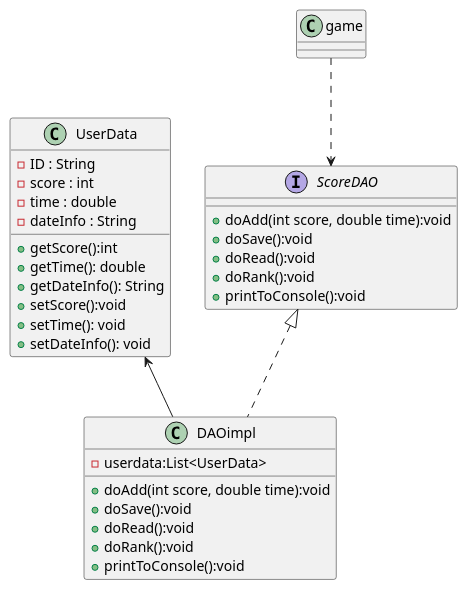
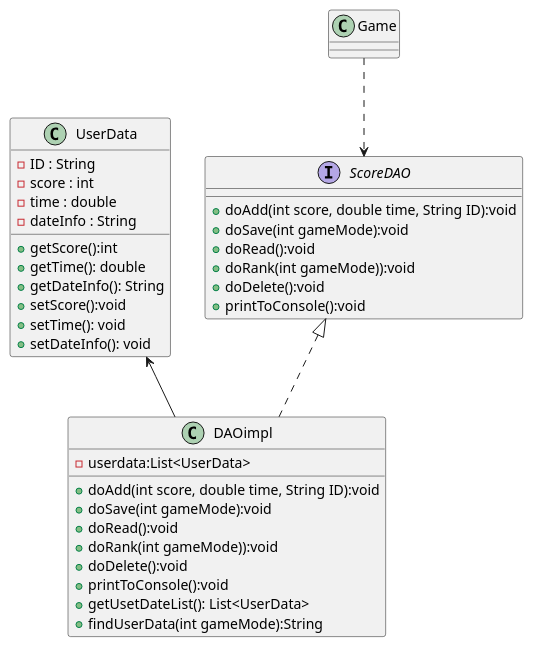
Before and after one commit to ScarecrowL1/AircraftWar-Tskmdai: the diagram in uml/DataAccessObjectPartten.puml, drawn with PlantUML. The commit also changed 12 other files, not shown here.

```diff
--- a/uml/DataAccessObjectPartten.puml
+++ b/uml/DataAccessObjectPartten.puml
@@ -1,46 +1,50 @@
 @startuml
 'https://plantuml.com/class-diagram
 
 
 
 interface ScoreDAO{
-    + doAdd(int score, double time):void
-    + doSave():void
-    + doRead():void
-    + doRank():void
+    + doAdd(int score, double time, String ID):void
+        + doSave(int gameMode):void
+        + doRead():void
+        + doRank(int gameMode)):void
+        + doDelete():void
     + printToConsole():void
 
 }
 
 
 
 ScoreDAO <|.. DAOimpl
 UserData <-- DAOimpl
-game ..> ScoreDAO
+Game ..> ScoreDAO
 
 
 
 class DAOimpl {
     - userdata:List<UserData>
-    + doAdd(int score, double time):void
-    + doSave():void
+    + doAdd(int score, double time, String ID):void
+    + doSave(int gameMode):void
     + doRead():void
-    + doRank():void
+    + doRank(int gameMode)):void
+    + doDelete():void
     + printToConsole():void
+    + getUsetDateList(): List<UserData>
+    + findUserData(int gameMode):String
 
 }
 
 class UserData{
     - ID : String
     - score : int
     - time : double
     - dateInfo : String
     + getScore():int
     + getTime(): double
     + getDateInfo(): String
     + setScore():void
     + setTime(): void
     + setDateInfo(): void
 }
 
 @enduml
```
